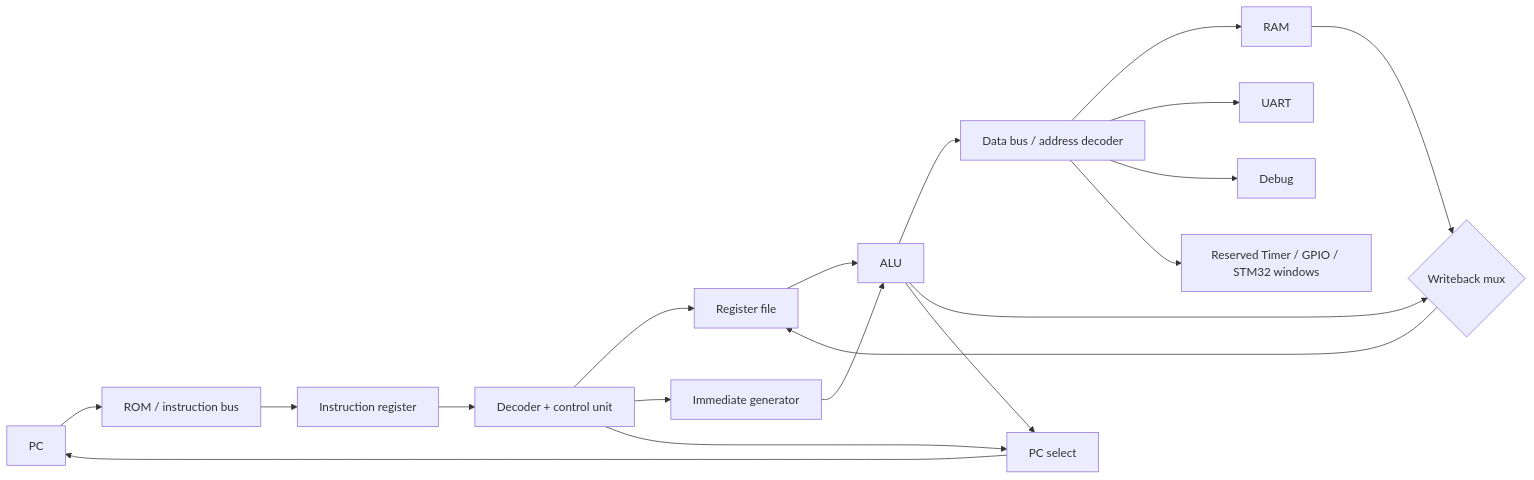
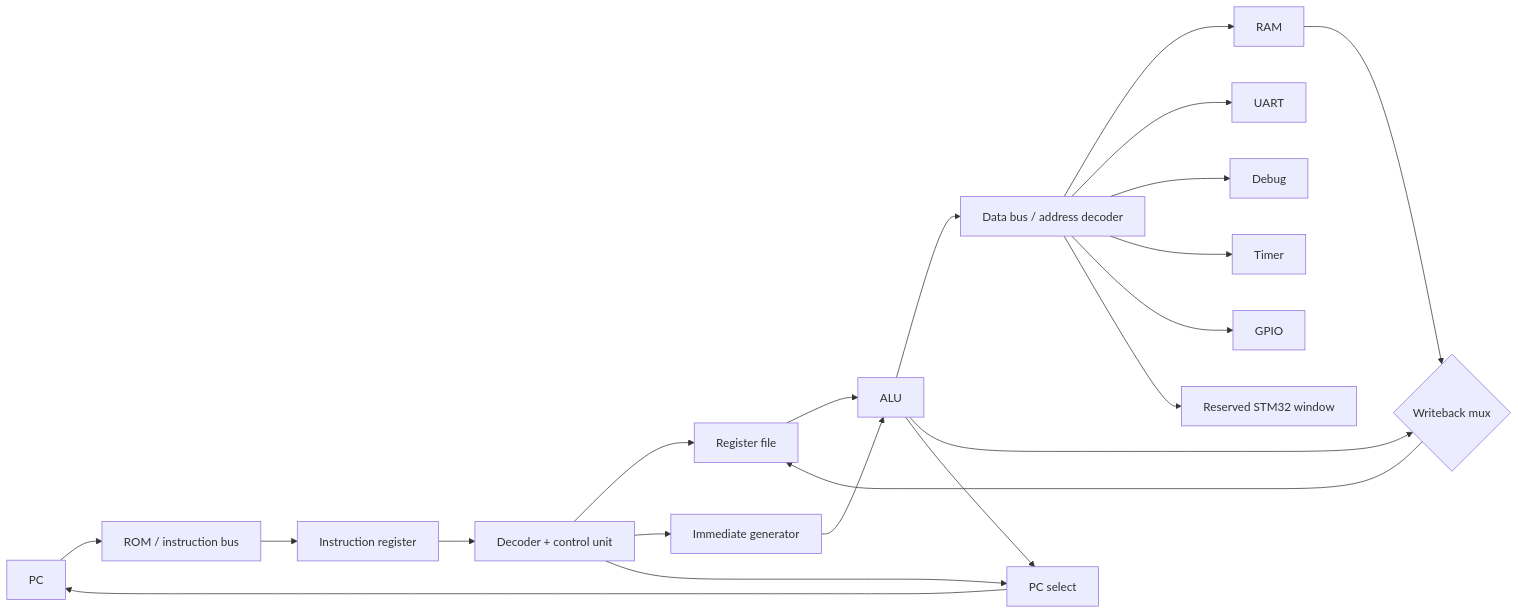
One commit to shreyambhattacharya/32_Bit_Computer_System changed the first of 2 diagrams in docs/architecture.md. Above: the diagram before and after it, drawn with Mermaid. The commit also changed other lines of this file and 31 other files, not shown here.

Commit message:
feat: add Mini32 GPIO and timer peripherals

````diff
--- a/docs/architecture.md
+++ b/docs/architecture.md
@@ -27,21 +27,23 @@
 ```mermaid
 flowchart LR
     PC[PC] --> IMEM[ROM / instruction bus]
     IMEM --> IR[Instruction register]
     IR --> DEC[Decoder + control unit]
     DEC --> RF[Register file]
     DEC --> IMM[Immediate generator]
     RF --> ALU[ALU]
     IMM --> ALU
     ALU --> DBUS[Data bus / address decoder]
     DBUS --> RAM[RAM]
     DBUS --> UART[UART]
     DBUS --> DEBUG[Debug]
-    DBUS --> FUTURE[Reserved Timer / GPIO / STM32 windows]
+    DBUS --> TIMER[Timer]
+    DBUS --> GPIO[GPIO]
+    DBUS --> FUTURE[Reserved STM32 window]
     ALU --> WB{Writeback mux}
     RAM --> WB
     WB --> RF
     DEC --> PCSEL[PC select]
     ALU --> PCSEL
     PCSEL --> PC
 ```
````
